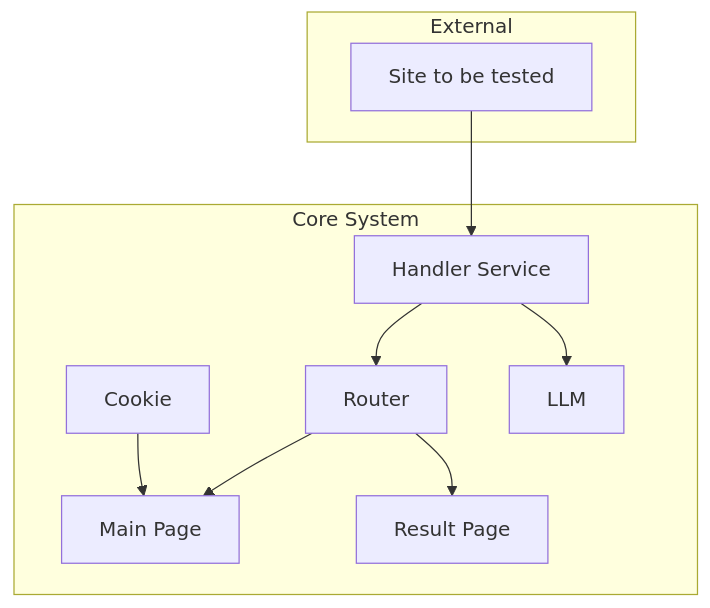
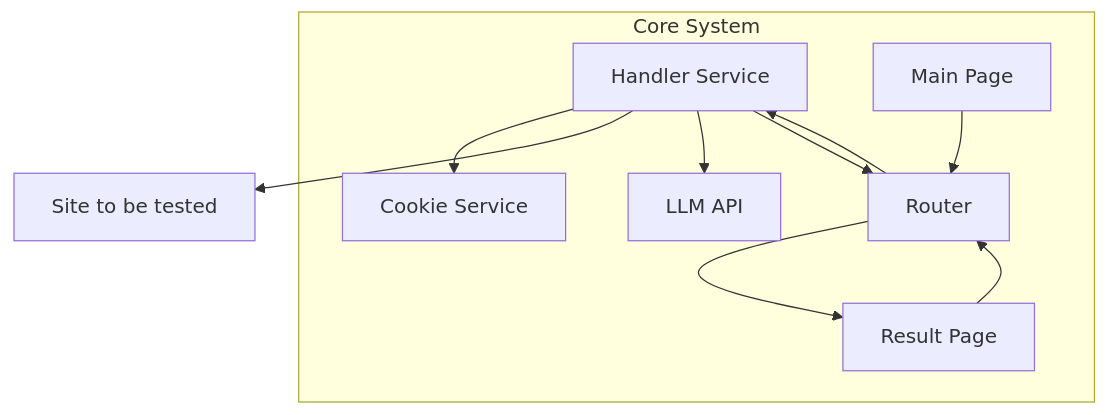
The diagram in docs/architecture/static-view.md (cQu1x/Autotester), drawn with Mermaid before and after one commit.

````diff
--- a/docs/architecture/static-view.md
+++ b/docs/architecture/static-view.md
@@ -1,23 +1,25 @@
 ```mermaid
 flowchart TB
 
-    subgraph External
-        ST[Site to be tested]
+    ST[Site to be tested]
+
+    subgraph Core System
+        CK[Cookie Service]
+        HS[Handler Service]
+        LLM[LLM API]
+        RT[Router]
+        MP[Main Page]
+        RP[Result Page]
     end
 
-    subgraph Core System
-        HS[Handler Service]
-        RT[Router]
-        CK[Cookie]
-        MP[Main Page]
-        RP[Result Page]
-        LLM[LLM]
-    end
 
-    ST --> HS
+    MP --> RT
+    RP --> RT
+    RT --> HS
+    HS --> CK
+    HS --> ST
     HS --> LLM
     HS --> RT
-    CK --> MP
-    RT --> MP
     RT --> RP
+
 ```
````
